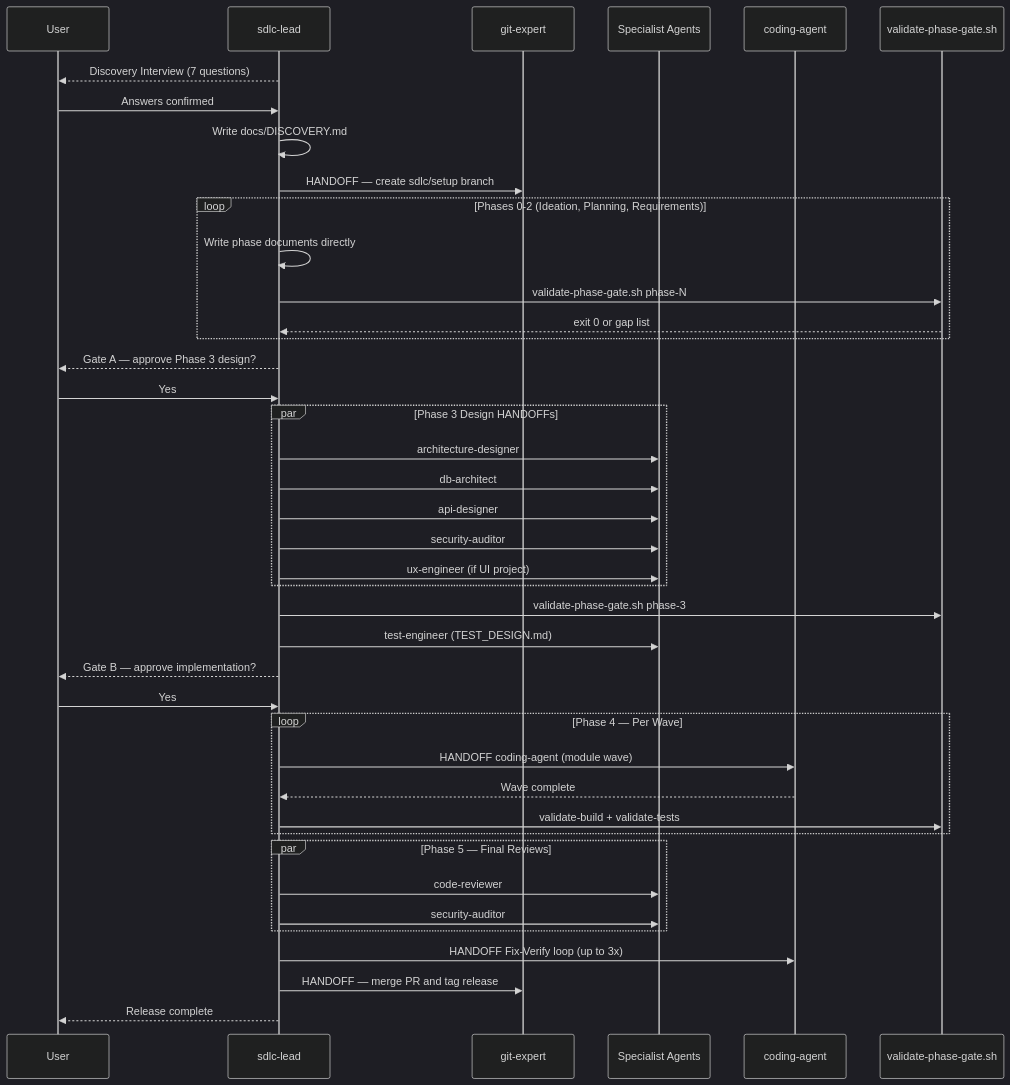
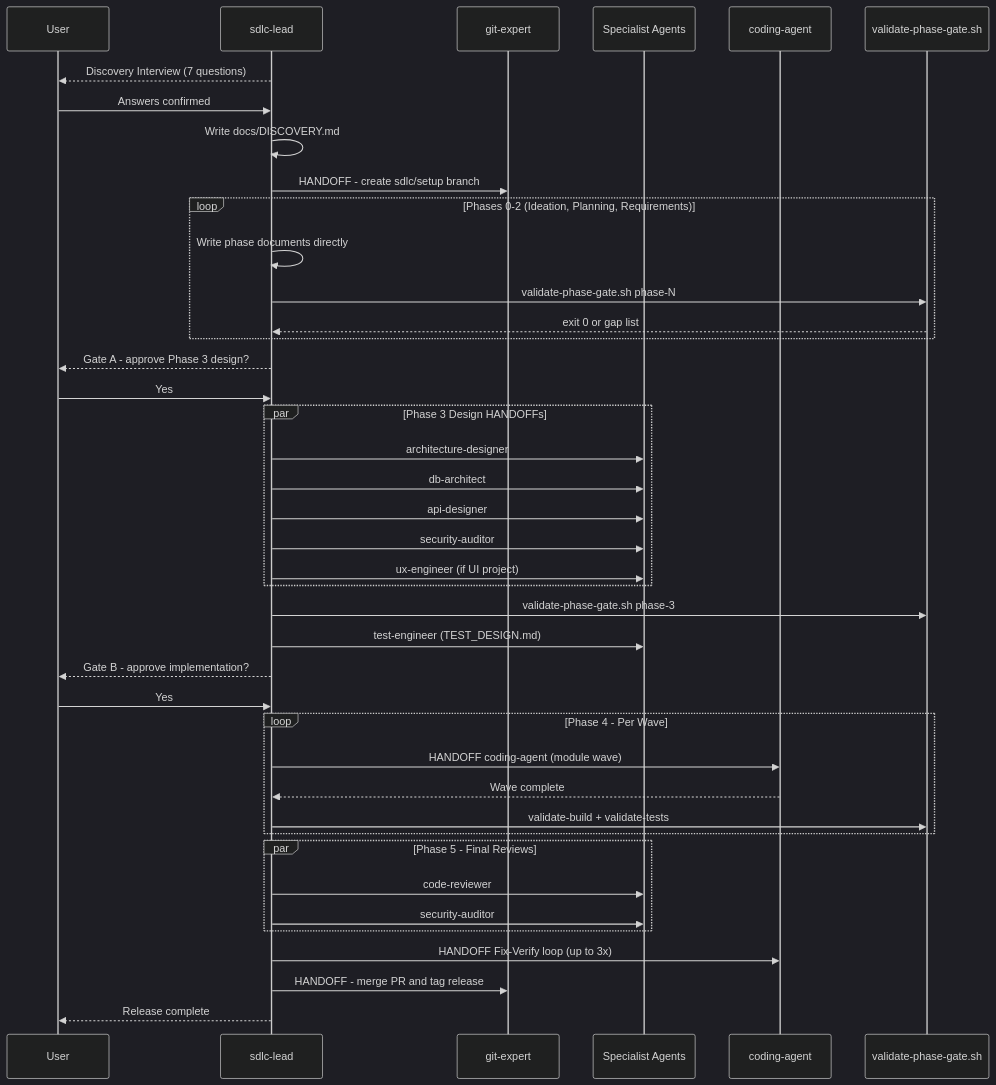
One commit to bpmforge/attest changed the second of 5 diagrams in docs/review/05-agents/02-sdlc-orchestrator.md. Above: the diagram before and after it, drawn with Mermaid (dark theme). The commit also changed other lines of this file and 28 other files, not shown here.

First line of the commit message:
docs: refresh all docs for v1.1-v1.6 + autofix mermaid in review book

````diff
--- a/docs/review/05-agents/02-sdlc-orchestrator.md
+++ b/docs/review/05-agents/02-sdlc-orchestrator.md
@@ -56,50 +56,50 @@
 ```mermaid
 sequenceDiagram
     participant U as User
     participant LEAD as sdlc-lead
     participant GIT as git-expert
     participant SPEC as Specialist Agents
     participant COD as coding-agent
     participant GATE as validate-phase-gate.sh
 
     LEAD-->>U: Discovery Interview (7 questions)
     U->>LEAD: Answers confirmed
     LEAD->>LEAD: Write docs/DISCOVERY.md
-    LEAD->>GIT: HANDOFF — create sdlc/setup branch
+    LEAD->>GIT: HANDOFF - create sdlc/setup branch
 
     loop Phases 0-2 (Ideation, Planning, Requirements)
         LEAD->>LEAD: Write phase documents directly
         LEAD->>GATE: validate-phase-gate.sh phase-N
         GATE-->>LEAD: exit 0 or gap list
     end
 
-    LEAD-->>U: Gate A — approve Phase 3 design?
+    LEAD-->>U: Gate A - approve Phase 3 design?
     U->>LEAD: Yes
 
     par Phase 3 Design HANDOFFs
         LEAD->>SPEC: architecture-designer
         LEAD->>SPEC: db-architect
         LEAD->>SPEC: api-designer
         LEAD->>SPEC: security-auditor
         LEAD->>SPEC: ux-engineer (if UI project)
     end
     LEAD->>GATE: validate-phase-gate.sh phase-3
 
     LEAD->>SPEC: test-engineer (TEST_DESIGN.md)
-    LEAD-->>U: Gate B — approve implementation?
+    LEAD-->>U: Gate B - approve implementation?
     U->>LEAD: Yes
 
-    loop Phase 4 — Per Wave
+    loop Phase 4 - Per Wave
         LEAD->>COD: HANDOFF coding-agent (module wave)
         COD-->>LEAD: Wave complete
         LEAD->>GATE: validate-build + validate-tests
     end
 
-    par Phase 5 — Final Reviews
+    par Phase 5 - Final Reviews
         LEAD->>SPEC: code-reviewer
         LEAD->>SPEC: security-auditor
     end
     LEAD->>COD: HANDOFF Fix-Verify loop (up to 3x)
-    LEAD->>GIT: HANDOFF — merge PR and tag release
+    LEAD->>GIT: HANDOFF - merge PR and tag release
     LEAD-->>U: Release complete
 ```
````
